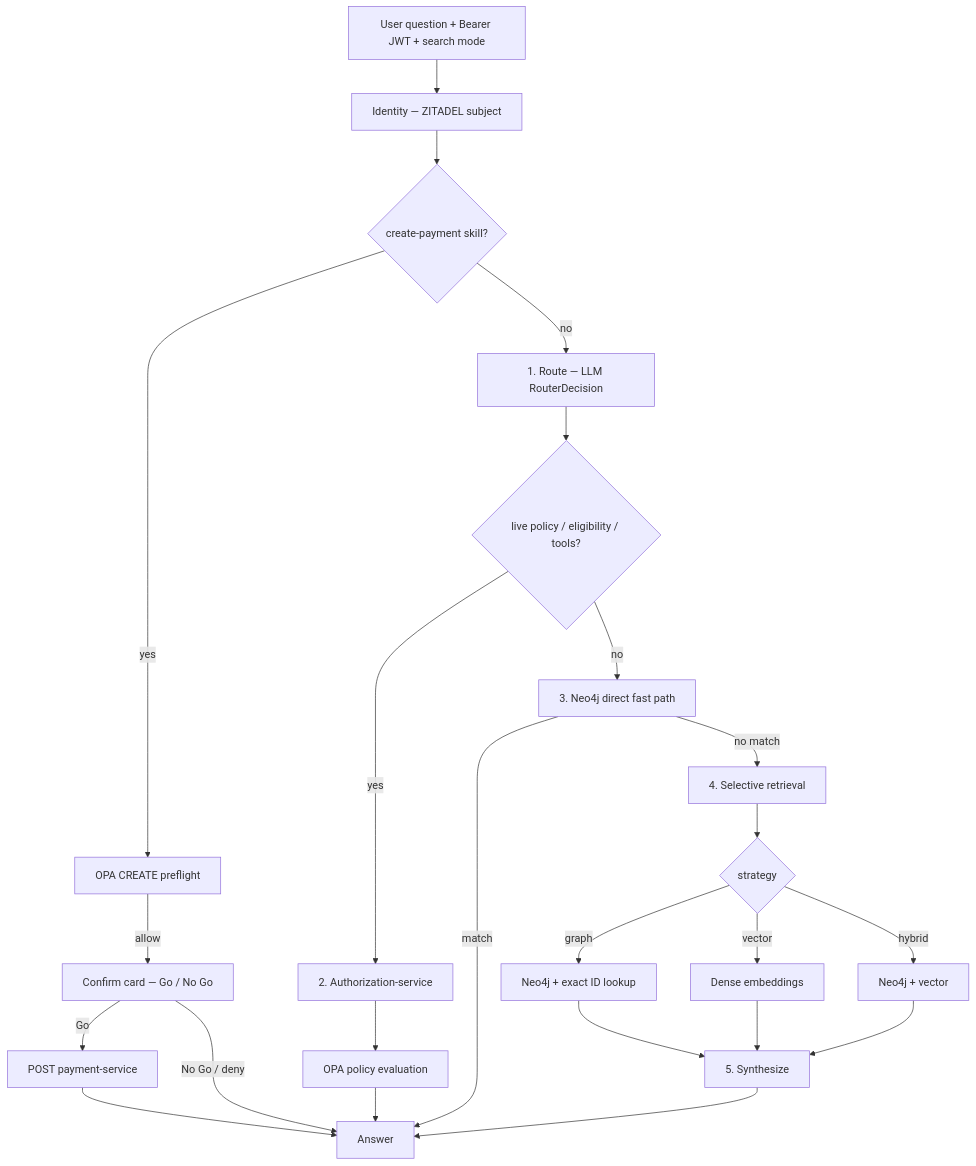
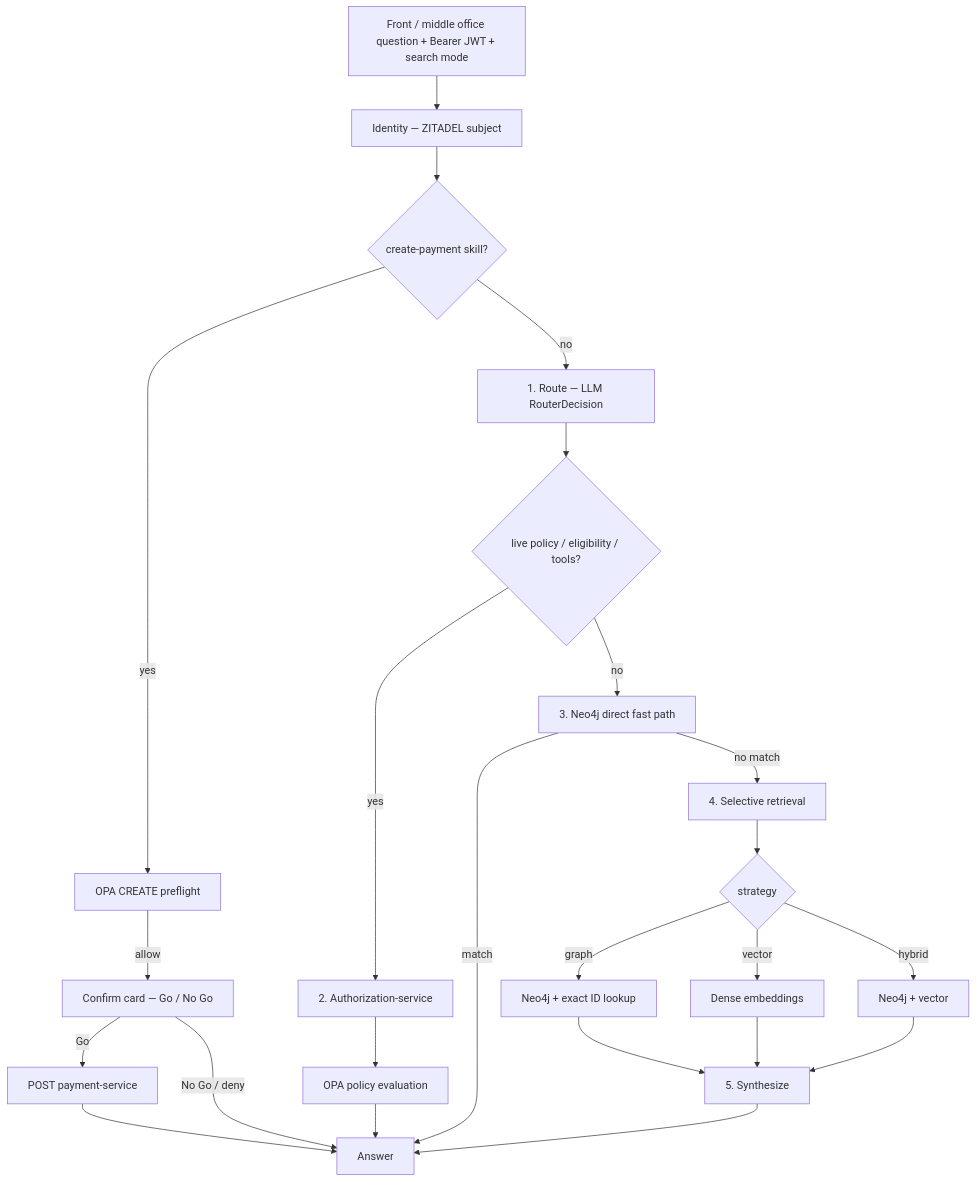
One commit to sanjuthomas/policy-pilot changed the second of 2 diagrams in README.md. Above: the diagram before and after it, drawn with Mermaid. The commit also changed other lines of this file and 1 other file, not shown here.

First line of the commit message:
Split end-to-end chat flow diagrams by persona.

````diff
--- a/README.md
+++ b/README.md
@@ -95,26 +124,26 @@
 ```mermaid
 flowchart TD
-    Q["User question + Bearer JWT + search mode"] --> ID[Identity — ZITADEL subject]
+    Q["Front / middle office question + Bearer JWT + search mode"] --> ID[Identity — ZITADEL subject]
     ID --> SK{create-payment skill?}
     SK -->|yes| PRE[OPA CREATE preflight]
     PRE -->|allow| CONF[Confirm card — Go / No Go]
     CONF -->|Go| PAY[POST payment-service]
     PAY --> A[Answer]
     CONF -->|No Go / deny| A
     SK -->|no| R[1. Route — LLM RouterDecision]
     R --> E{live policy / eligibility / tools?}
     E -->|yes| AZ[2. Authorization-service]
     AZ --> OPA[OPA policy evaluation]
     OPA --> A
     E -->|no| D[3. Neo4j direct fast path]
     D -->|match| A
     D -->|no match| RET[4. Selective retrieval]
     RET --> G{strategy}
     G -->|graph| N[Neo4j + exact ID lookup]
     G -->|vector| V[Dense embeddings]
     G -->|hybrid| H[Neo4j + vector]
     N --> S[5. Synthesize]
     V --> S
     H --> S
     S --> A
 ```
````
